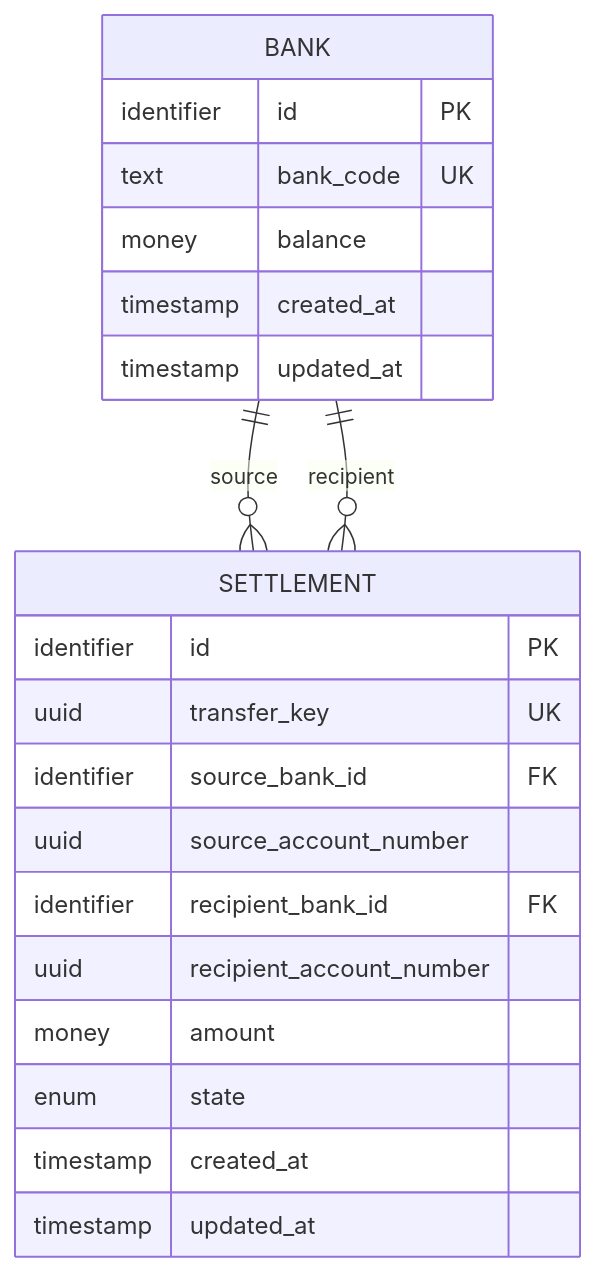
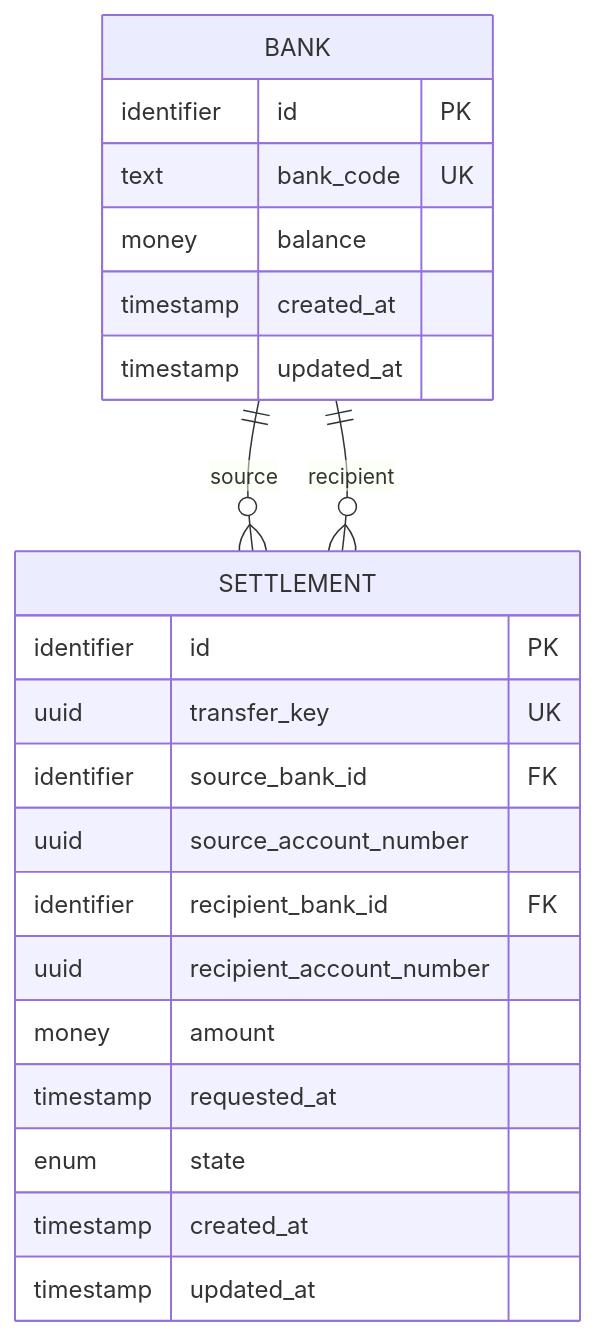
The second of 3 diagrams in docs/domain/erd.md (2jun0/financial-system-backend), drawn with Mermaid before and after one commit. The commit also changed other lines of this file and 33 other files, not shown here.

````diff
--- a/docs/domain/erd.md
+++ b/docs/domain/erd.md
@@ -68,26 +84,27 @@
 ```mermaid
 erDiagram
     BANK ||--o{ SETTLEMENT : source
     BANK ||--o{ SETTLEMENT : recipient
 
     BANK {
         identifier id PK
         text bank_code UK
         money balance
         timestamp created_at
         timestamp updated_at
     }
 
     SETTLEMENT {
         identifier id PK
         uuid transfer_key UK
         identifier source_bank_id FK
         uuid source_account_number
         identifier recipient_bank_id FK
         uuid recipient_account_number
         money amount
+        timestamp requested_at
         enum state
         timestamp created_at
         timestamp updated_at
     }
 ```
````
